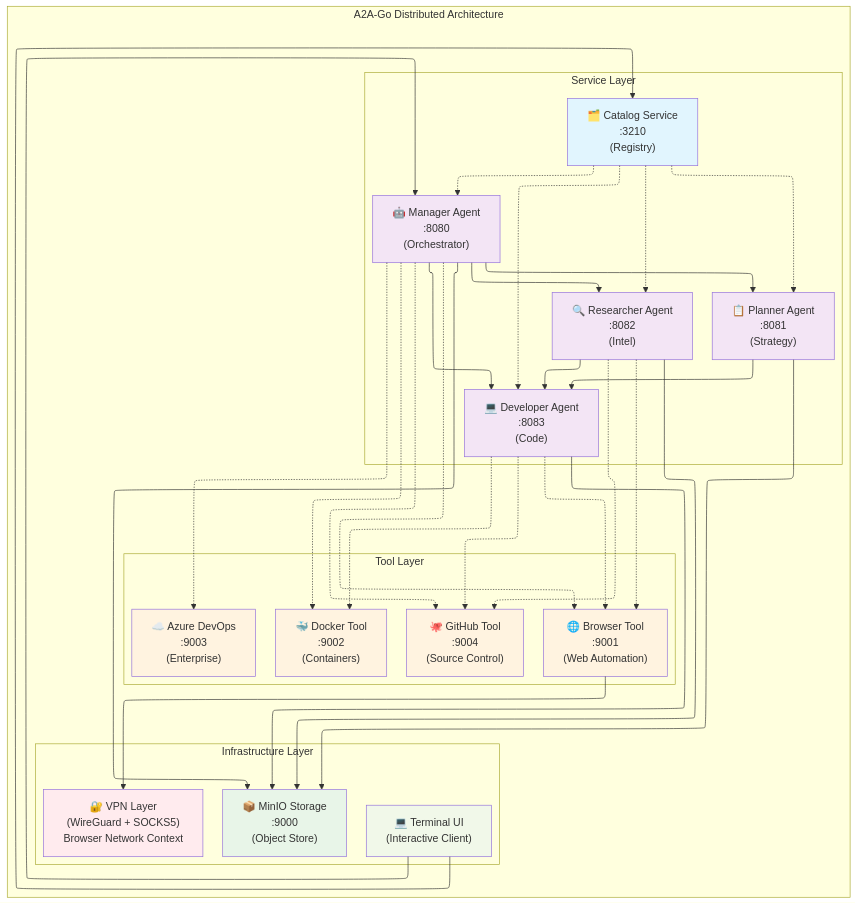
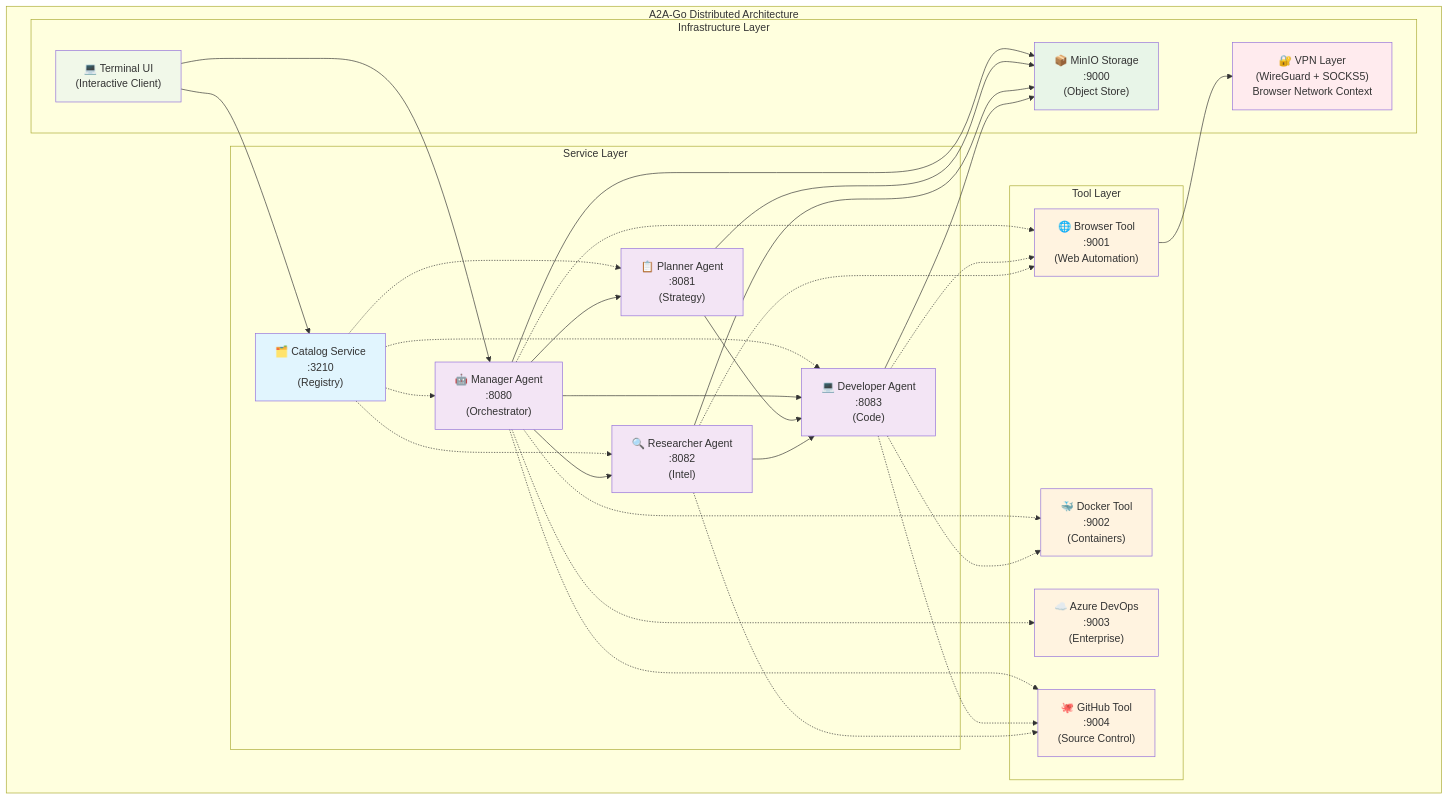
One commit to TheApeMachine/a2a-go changed the diagram in README.md. Above: the diagram before and after it, drawn with Mermaid.

Commit message:
Remove ELK flowchart configuration from README for clarity

````diff
--- a/README.md
+++ b/README.md
@@ -110,77 +110,76 @@
 ```mermaid
-%%{init: {"flowchart": {"defaultRenderer": "elk"}}}%%
 graph TB
     subgraph "A2A-Go Distributed Architecture"
         subgraph "Service Layer"
             Catalog["🗂️ Catalog Service<br/>:3210<br/>(Registry)"]
             Manager["🤖 Manager Agent<br/>:8080<br/>(Orchestrator)"]
             Planner["📋 Planner Agent<br/>:8081<br/>(Strategy)"]
             Researcher["🔍 Researcher Agent<br/>:8082<br/>(Intel)"]
             Developer["💻 Developer Agent<br/>:8083<br/>(Code)"]
         end
         
         subgraph "Tool Layer"
             Browser["🌐 Browser Tool<br/>:9001<br/>(Web Automation)"]
             Docker["🐳 Docker Tool<br/>:9002<br/>(Containers)"]
             Azure["☁️ Azure DevOps<br/>:9003<br/>(Enterprise)"]
             GitHub["🐙 GitHub Tool<br/>:9004<br/>(Source Control)"]
         end
         
         subgraph "Infrastructure Layer"
             MinIO["📦 MinIO Storage<br/>:9000<br/>(Object Store)"]
             VPN["🔐 VPN Layer<br/>(WireGuard + SOCKS5)<br/>Browser Network Context"]
             UI["💻 Terminal UI<br/>(Interactive Client)"]
         end
     end
     
     %% Service Discovery
     Catalog -.-> Manager
     Catalog -.-> Planner
     Catalog -.-> Researcher
     Catalog -.-> Developer
     
     %% Agent Coordination
     Manager --> Planner
     Manager --> Researcher
     Manager --> Developer
     Planner --> Developer
     Researcher --> Developer
     
     %% Tool Usage
     Manager -.-> Browser
     Manager -.-> Docker
     Manager -.-> Azure
     Manager -.-> GitHub
     
     Developer -.-> Browser
     Developer -.-> Docker
     Developer -.-> GitHub
     
     Researcher -.-> Browser
     Researcher -.-> GitHub
     
     %% Infrastructure
     Manager --> MinIO
     Planner --> MinIO
     Researcher --> MinIO
     Developer --> MinIO
     
     UI --> Catalog
     UI --> Manager
     
     %% VPN for Browser Tool Only
     Browser --> VPN
     
     style Catalog fill:#e1f5fe
     style Manager fill:#f3e5f5
     style Planner fill:#f3e5f5
     style Researcher fill:#f3e5f5
     style Developer fill:#f3e5f5
     style Browser fill:#fff3e0
     style Docker fill:#fff3e0
     style Azure fill:#fff3e0
     style GitHub fill:#fff3e0
     style MinIO fill:#e8f5e8
     style VPN fill:#ffebee
     style UI fill:#f1f8e9
 ```
````
